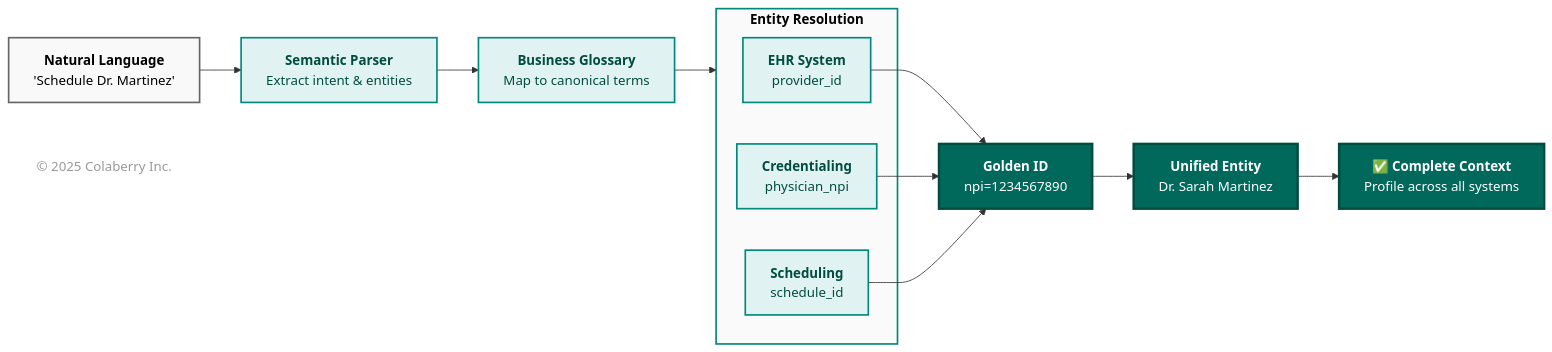
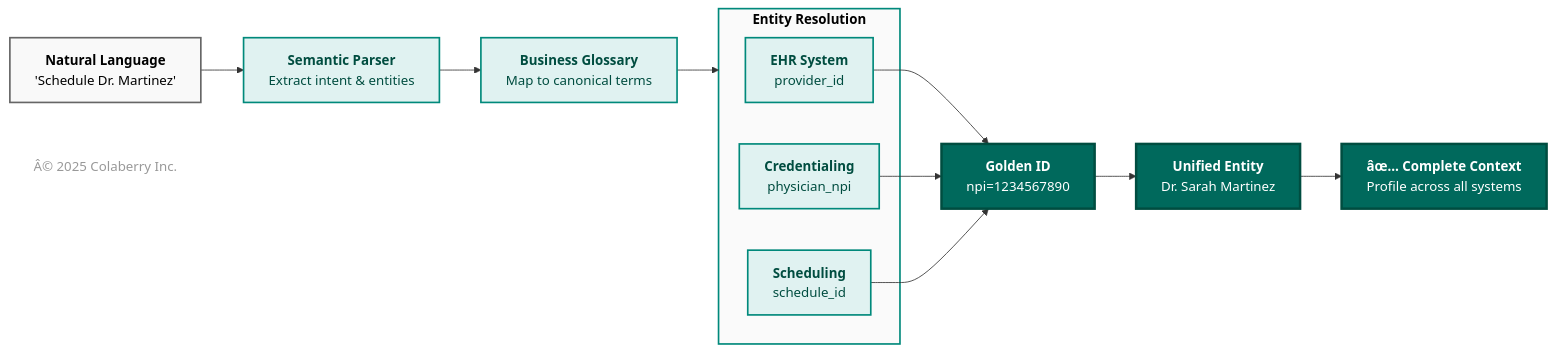
The sixth of 18 diagrams in chapter-01/chapter_1_complete.md (colaberry/enterprise-data-readiness-ai-agents), drawn with Mermaid before and after one commit. The commit also changed other lines of this file and 24 other files, not shown here.

````diff
--- a/chapter-01/chapter_1_complete.md
+++ b/chapter-01/chapter_1_complete.md
@@ -817,46 +822,46 @@
 ```mermaid
 flowchart LR
     NL["<b>Natural Language</b><br/>'Schedule Dr. Martinez'"]
     
     PARSE["<b>Semantic Parser</b><br/>Extract intent & entities"]
     
     GLOSS["<b>Business Glossary</b><br/>Map to canonical terms"]
     
     subgraph resolve["<b>Entity Resolution</b>"]
         E1["<b>EHR System</b><br/>provider_id"]
         E2["<b>Credentialing</b><br/>physician_npi"]
         E3["<b>Scheduling</b><br/>schedule_id"]
     end
     
     GOLD["<b>Golden ID</b><br/>npi=1234567890"]
     
     ENTITY["<b>Unified Entity</b><br/>Dr. Sarah Martinez"]
     
-    CONTEXT["<b>✅ Complete Context</b><br/>Profile across all systems"]
+    CONTEXT["<b>âœ… Complete Context</b><br/>Profile across all systems"]
     
     NL --> PARSE
     PARSE --> GLOSS
     GLOSS --> resolve
     E1 --> GOLD
     E2 --> GOLD
     E3 --> GOLD
     GOLD --> ENTITY
     ENTITY --> CONTEXT
     
     style NL fill:#f9f9f9,stroke:#666666,stroke-width:2px,color:#000000
     style PARSE fill:#e0f2f1,stroke:#00897b,stroke-width:2px,color:#004d40
     style GLOSS fill:#e0f2f1,stroke:#00897b,stroke-width:2px,color:#004d40
     style resolve fill:#fafafa,stroke:#00897b,stroke-width:2px,color:#000000
     style E1 fill:#e0f2f1,stroke:#00897b,stroke-width:2px,color:#004d40
     style E2 fill:#e0f2f1,stroke:#00897b,stroke-width:2px,color:#004d40
     style E3 fill:#e0f2f1,stroke:#00897b,stroke-width:2px,color:#004d40
     style GOLD fill:#00695c,color:#ffffff,stroke:#004d40,stroke-width:3px
     style ENTITY fill:#00695c,color:#ffffff,stroke:#004d40,stroke-width:3px
 
     %% Copyright Notice
-    CR["© 2025 Colaberry Inc."]
+    CR["Â© 2025 Colaberry Inc."]
 
     style CONTEXT fill:#00695c,color:#ffffff,stroke:#004d40,stroke-width:3px
     style CR fill:none,stroke:none,color:#999999
 
 ```
````
